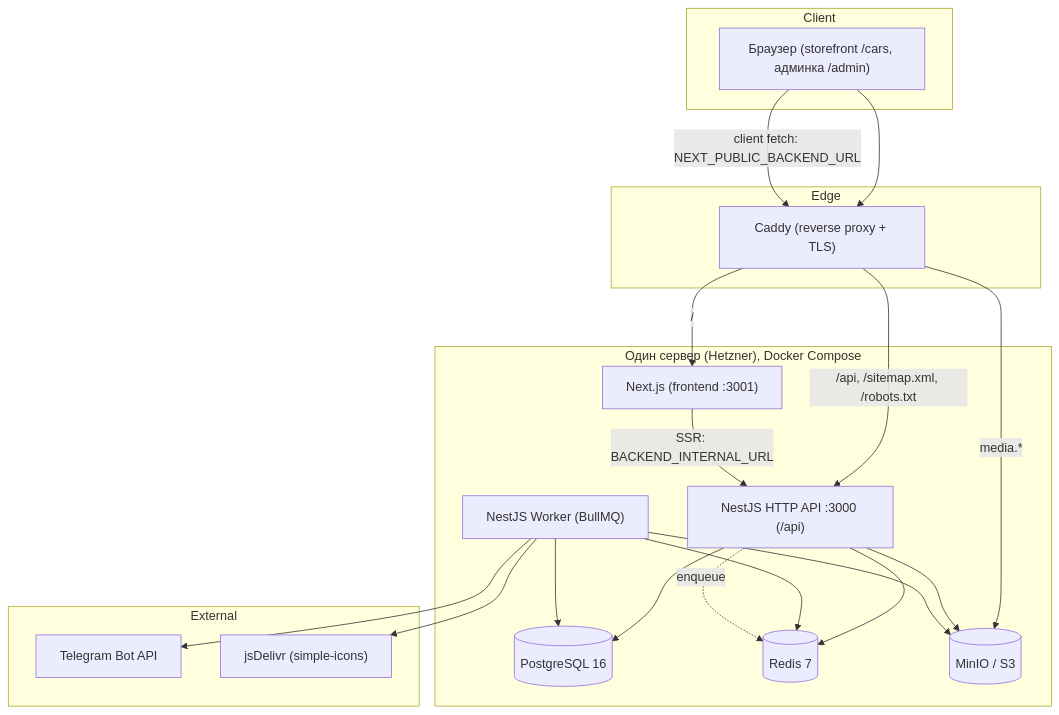
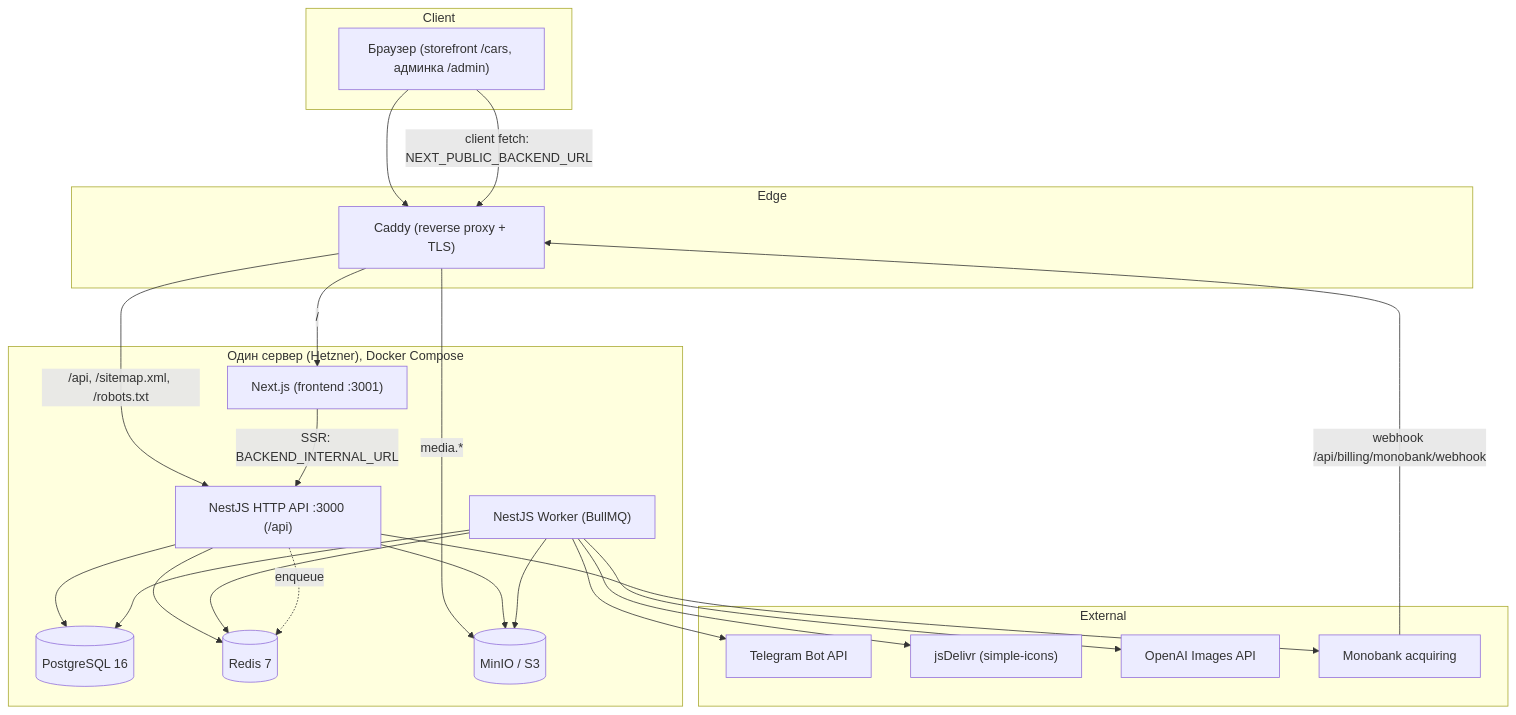
One commit to Klukvas/AutoShow changed the second of 2 diagrams in docs/agent-context.md. Above: the diagram before and after it, drawn with Mermaid. The commit also changed other lines of this file and 2 other files, not shown here.

````diff
--- a/docs/agent-context.md
+++ b/docs/agent-context.md
@@ -418,37 +602,42 @@
 ```mermaid
 flowchart TB
     subgraph Client
       Browser["Браузер (storefront /cars, админка /admin)"]
     end
     subgraph Edge
       Caddy["Caddy (reverse proxy + TLS)"]
     end
     subgraph App["Один сервер (Hetzner), Docker Compose"]
       FE["Next.js (frontend :3001)"]
       API["NestJS HTTP API :3000 (/api)"]
       WORKER["NestJS Worker (BullMQ)"]
       PG[("PostgreSQL 16")]
       REDIS[("Redis 7")]
       MINIO[("MinIO / S3")]
     end
     subgraph External
       TG["Telegram Bot API"]
       JSD["jsDelivr (simple-icons)"]
+      OAI["OpenAI Images API"]
+      MONO["Monobank acquiring"]
     end
 
     Browser --> Caddy
     Caddy -->|"/"| FE
     Caddy -->|"/api, /sitemap.xml, /robots.txt"| API
     Caddy -->|"media.*"| MINIO
     FE -->|"SSR: BACKEND_INTERNAL_URL"| API
     Browser -->|"client fetch: NEXT_PUBLIC_BACKEND_URL"| Caddy
     API --> PG
     API --> REDIS
     API --> MINIO
     WORKER --> PG
     WORKER --> REDIS
     WORKER --> MINIO
     WORKER --> TG
     WORKER --> JSD
+    WORKER --> OAI
+    API --> MONO
+    MONO -->|"webhook /api/billing/monobank/webhook"| Caddy
     API -.enqueue.-> REDIS
 ```
````
